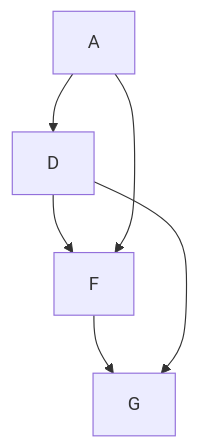
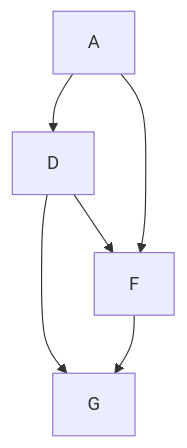
Before and after one commit to AliceOrlandini/University: the ninth of 10 diagrams in Magistrale/Distributed Systems/Chapters/Concorrenza.md, drawn with Mermaid. The commit also changed other lines of this file and 2 other files, not shown here.

````diff
--- a/Magistrale/Distributed Systems/Chapters/Concorrenza.md
+++ b/Magistrale/Distributed Systems/Chapters/Concorrenza.md
@@ -166,8 +166,8 @@
 ```mermaid
 graph TD; 
 	A-->D;
 	D-->F;
 	A-->F;
+	D-->G;
 	F-->G;
-	D-->G;
 ```
````
